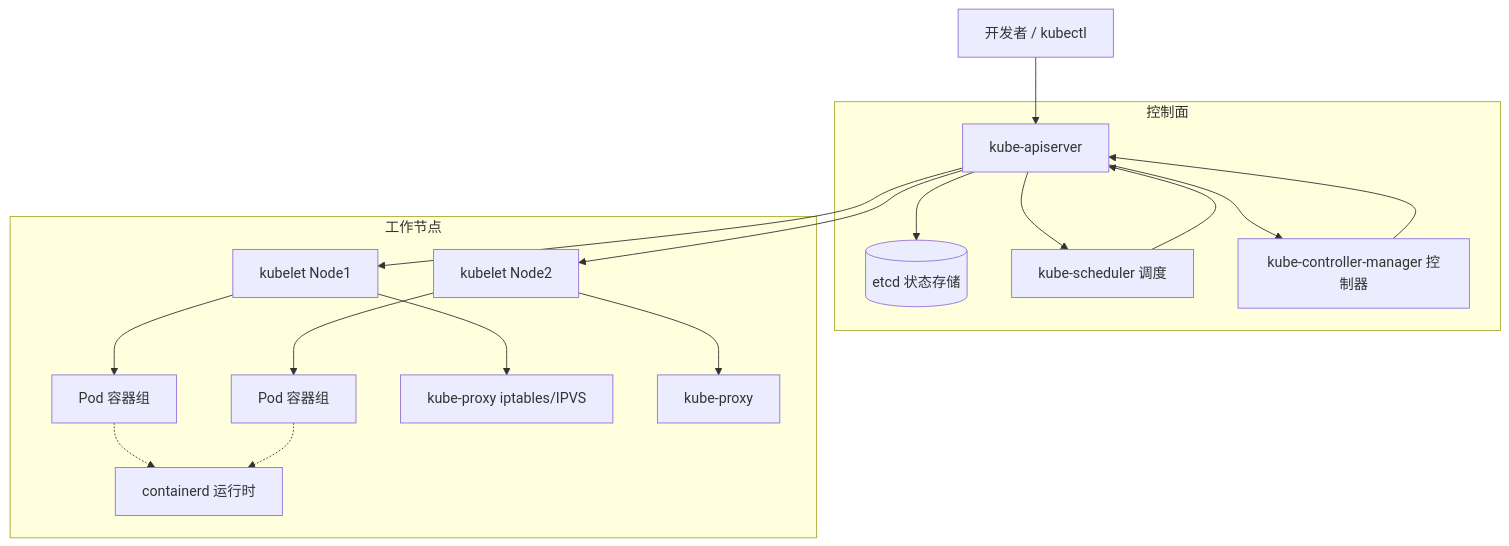
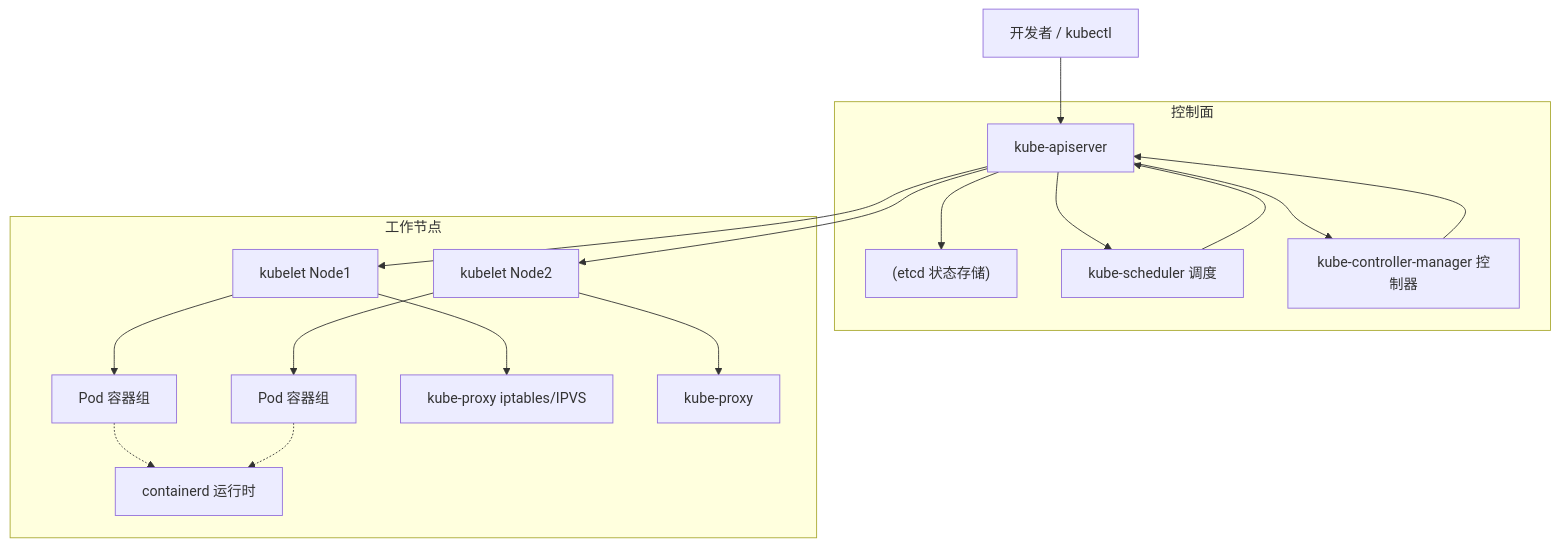
Before and after one commit to regding/java-interview-prep: the first of 4 diagrams in 21-cloud-native-bigdata.md, drawn with Mermaid. The commit also changed other lines of this file and 20 other files, not shown here.

First line of the commit message:
fix: 全库 mermaid 中文节点标签统一加引号

````diff
--- a/21-cloud-native-bigdata.md
+++ b/21-cloud-native-bigdata.md
@@ -107,32 +107,32 @@
 ```mermaid
 flowchart TD
-    User[开发者 / kubectl] --> API[kube-apiserver]
-    API --> ETCD[(etcd 状态存储)]
-    API --> SCH[kube-scheduler 调度]
-    API --> CMC[kube-controller-manager 控制器]
+    User["开发者 / kubectl"] --> API[kube-apiserver]
+    API --> ETCD["(etcd 状态存储)"]
+    API --> SCH["kube-scheduler 调度"]
+    API --> CMC["kube-controller-manager 控制器"]
     CMC --> API
     SCH --> API
     API --> K1[kubelet Node1]
     API --> K2[kubelet Node2]
-    K1 --> POD1[Pod 容器组]
-    K2 --> POD2[Pod 容器组]
+    K1 --> POD1["Pod 容器组"]
+    K2 --> POD2["Pod 容器组"]
     K1 --> KP1[kube-proxy iptables/IPVS]
     K2 --> KP2[kube-proxy]
-    POD1 -.-> CRI[containerd 运行时]
+    POD1 -.-> CRI["containerd 运行时"]
     POD2 -.-> CRI
-    subgraph 控制面
+    subgraph "控制面"
         API
         ETCD
         SCH
         CMC
     end
-    subgraph 工作节点
+    subgraph "工作节点"
         K1
         K2
         KP1
         KP2
         POD1
         POD2
         CRI
     end
 ```
````
